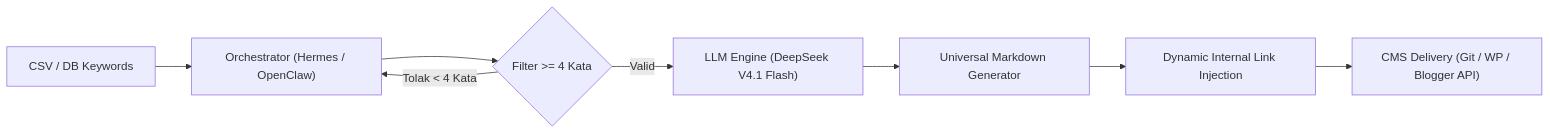
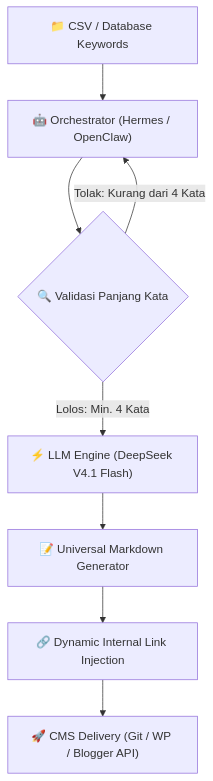
One commit to andrean-lp/ayo-seo changed the diagram in README.md. Above: the diagram before and after it, drawn with Mermaid.

Commit message:
fix: resolve Mermaid diagram infinite spinner by removing raw angle brackets

````diff
--- a/README.md
+++ b/README.md
@@ -105,10 +105,10 @@
 ```mermaid
-flowchart LR
-    A["CSV / DB Keywords"] --> B["Orchestrator (Hermes / OpenClaw)"]
-    B --> C{"Filter >= 4 Kata"}
-    C -->|Valid| D["LLM Engine (DeepSeek V4.1 Flash)"]
-    C -->|Tolak < 4 Kata| B
-    D --> E["Universal Markdown Generator"]
-    E --> F["Dynamic Internal Link Injection"]
-    F --> G["CMS Delivery (Git / WP / Blogger API)"]
+flowchart TD
+    A["📁 CSV / Database Keywords"] --> B["🤖 Orchestrator (Hermes / OpenClaw)"]
+    B --> C{"🔍 Validasi Panjang Kata"}
+    C -->|Lolos: Min. 4 Kata| D["⚡ LLM Engine (DeepSeek V4.1 Flash)"]
+    C -->|Tolak: Kurang dari 4 Kata| B
+    D --> E["📝 Universal Markdown Generator"]
+    E --> F["🔗 Dynamic Internal Link Injection"]
+    F --> G["🚀 CMS Delivery (Git / WP / Blogger API)"]
 ```
````
